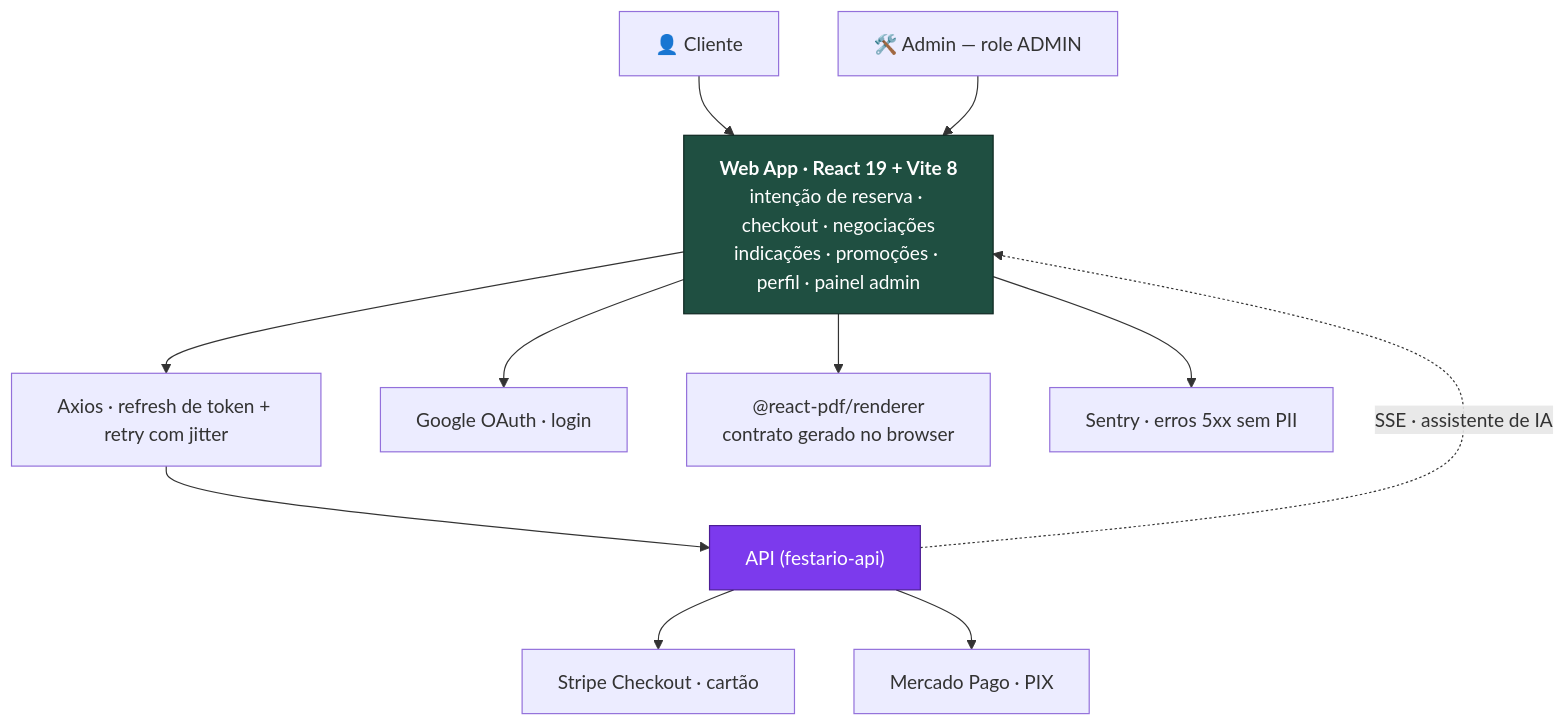
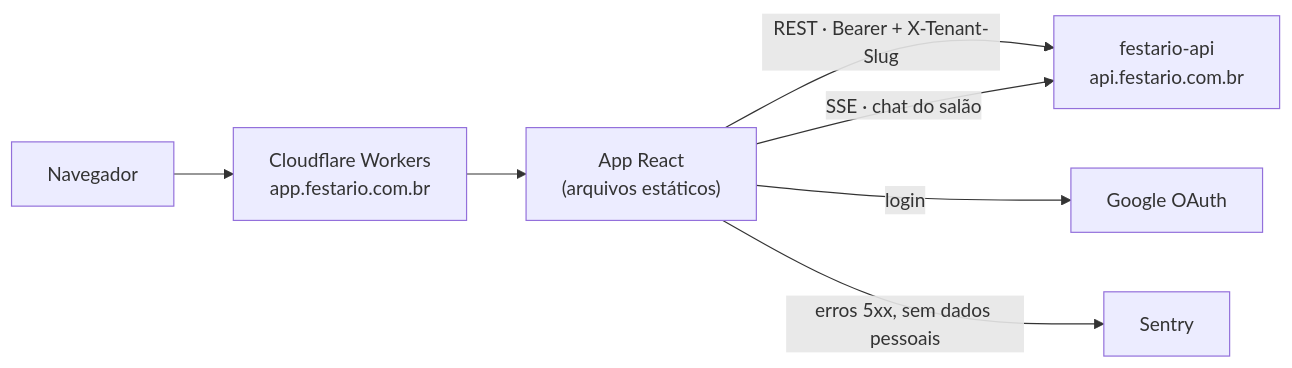
Before and after one commit to mateus-vitor-ferreira-dev/festario-web: the diagram in README.md, drawn with Mermaid. The commit also changed other lines of this file and 4 other files, not shown here.

````diff
--- a/README.md
+++ b/README.md
@@ -32,21 +60,9 @@
 ```mermaid
-flowchart TB
-    U["👤 Cliente"] --> APP
-    ADM["🛠️ Admin — role ADMIN"] --> APP
-
-    APP["<b>Web App · React 19 + Vite 8</b><br/>intenção de reserva · checkout · negociações<br/>indicações · promoções · perfil · painel admin"]
-
-    APP --> AX["Axios · refresh de token + retry com jitter"]
-    AX --> API["API (festario-api)"]
-
-    APP --> G["Google OAuth · login"]
-    APP --> PDF["@react-pdf/renderer<br/>contrato gerado no browser"]
-    APP --> SEN["Sentry · erros 5xx sem PII"]
-
-    API --> ST["Stripe Checkout · cartão"]
-    API --> MP["Mercado Pago · PIX"]
-    API -. "SSE · assistente de IA" .-> APP
-
-    style APP fill:#1f4f41,stroke:#0d2620,color:#fff
-    style API fill:#7c3aed,stroke:#4c1d95,color:#fff
+flowchart LR
+    U["Navegador"] --> CF["Cloudflare Workers<br/>app.festario.com.br"]
+    CF --> APP["App React<br/>(arquivos estáticos)"]
+    APP -- "REST · Bearer + X-Tenant-Slug" --> API["festario-api<br/>api.festario.com.br"]
+    APP -- "SSE · chat do salão" --> API
+    APP -- "login" --> G["Google OAuth"]
+    APP -- "erros 5xx, sem dados pessoais" --> S["Sentry"]
 ```
````
